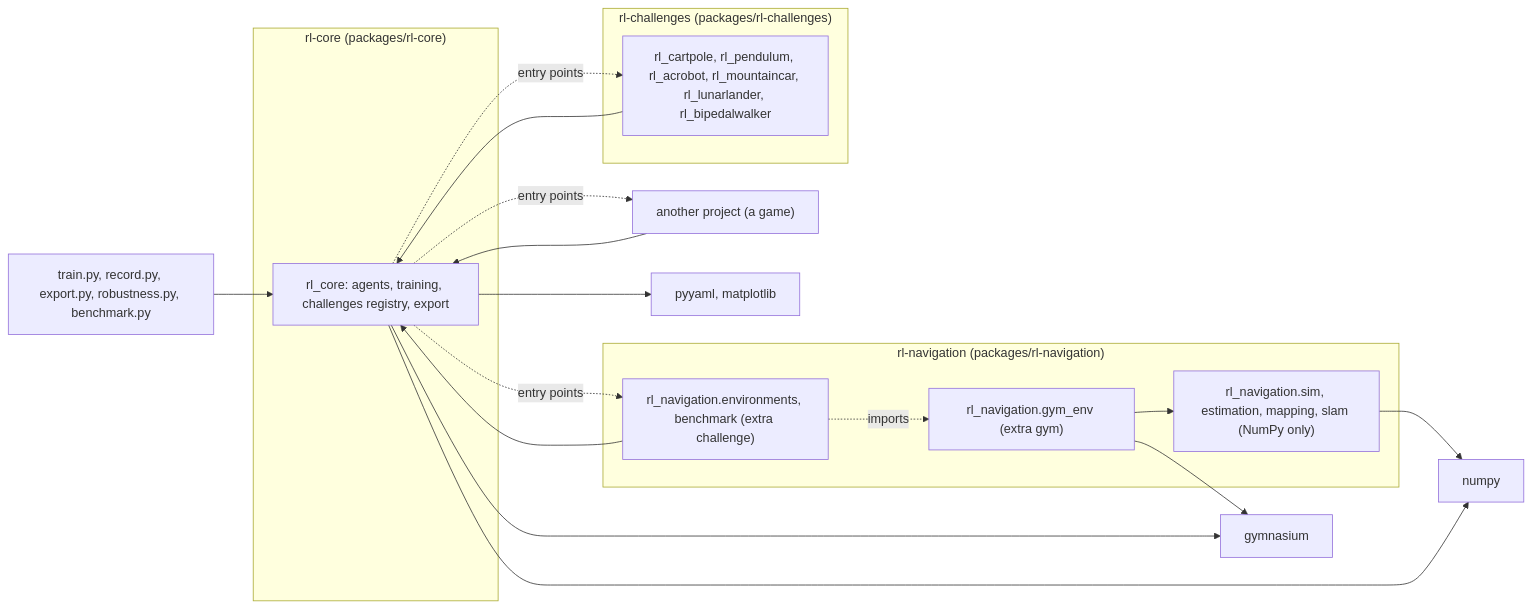
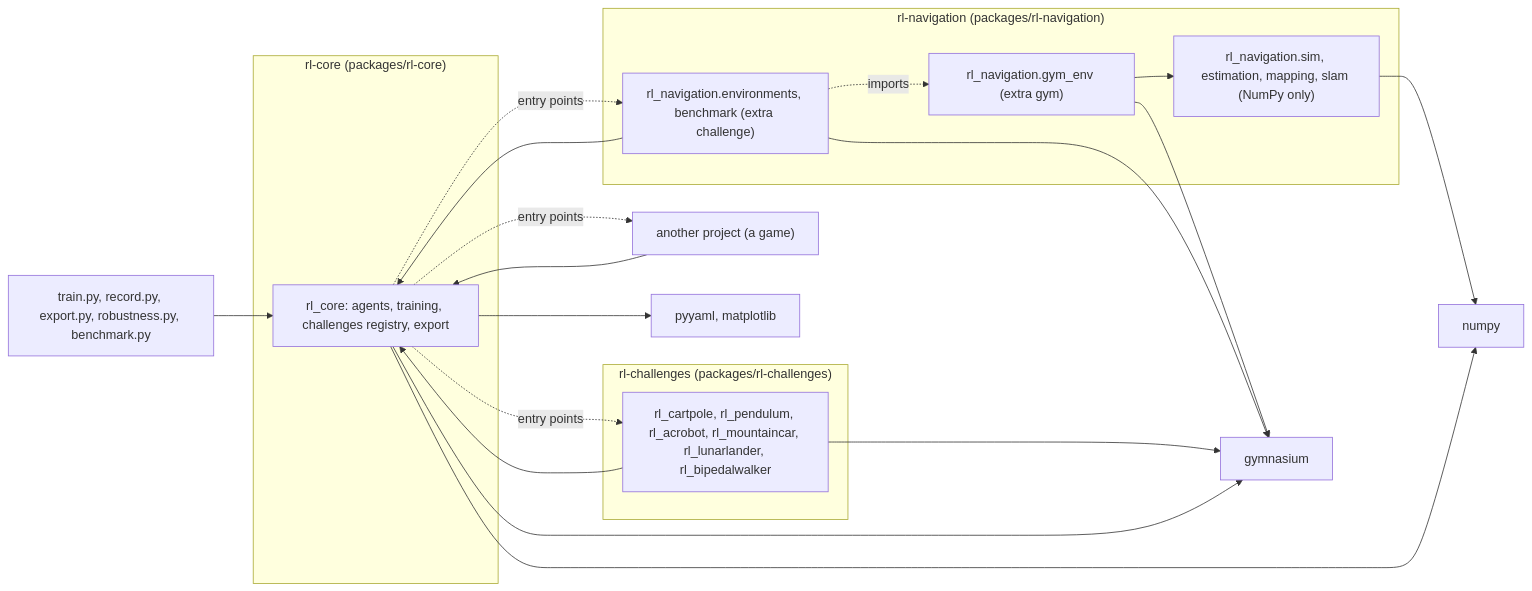
The first of 4 diagrams in ARCHITECTURE.md (andreijw/AI), drawn with Mermaid before and after one commit. The commit also changed other lines of this file and 20 other files, not shown here.

````diff
--- a/ARCHITECTURE.md
+++ b/ARCHITECTURE.md
@@ -68,31 +68,33 @@
 ```mermaid
 flowchart LR
     subgraph Core ["rl-core (packages/rl-core)"]
         RlCore["rl_core: agents, training, challenges registry, export"]
     end
     subgraph Nav ["rl-navigation (packages/rl-navigation)"]
         NavLib["rl_navigation.sim, estimation, mapping, slam (NumPy only)"]
         NavGym["rl_navigation.gym_env (extra gym)"]
         NavChallenge["rl_navigation.environments, benchmark (extra challenge)"]
     end
     subgraph Challenges ["rl-challenges (packages/rl-challenges)"]
         Classic["rl_cartpole, rl_pendulum, rl_acrobot, rl_mountaincar, rl_lunarlander, rl_bipedalwalker"]
     end
     Game["another project (a game)"]
     Scripts["train.py, record.py, export.py, robustness.py, benchmark.py"]
 
     NavLib --> NumPy["numpy"]
     NavGym --> NavLib
     NavGym --> Gymnasium["gymnasium"]
     NavChallenge -. imports .-> NavGym
     NavChallenge --> RlCore
+    NavChallenge --> Gymnasium
     Classic --> RlCore
+    Classic --> Gymnasium
     Game --> RlCore
     RlCore --> Gymnasium
     RlCore --> NumPy
     RlCore --> Other["pyyaml, matplotlib"]
     Scripts --> RlCore
     RlCore -. entry points .-> Classic
     RlCore -. entry points .-> NavChallenge
     RlCore -. entry points .-> Game
 ```
````
